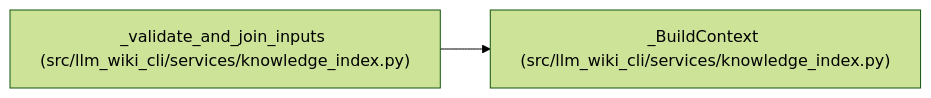
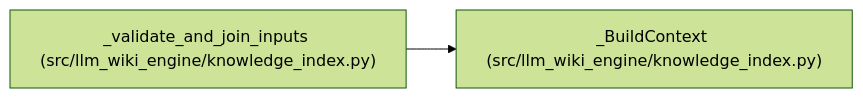
Before and after one commit to Denissvgn/python-wiki-llm: the diagram in docs/llm_wiki/entities/BuildContext.md, drawn with Mermaid (forest theme). The commit also changed other lines of this file and 1058 other files, not shown here.

First line of the commit message:
docs: refresh the wiki for the knowledge store move

````diff
--- a/docs/llm_wiki/entities/BuildContext.md
+++ b/docs/llm_wiki/entities/BuildContext.md
@@ -30,8 +30,8 @@
 ```mermaid
 flowchart LR
-    n0["_BuildContext (src/llm_wiki_cli/services/knowledge_index.py)"]
-    n1["_validate_and_join_inputs (src/llm_wiki_cli/services/knowledge_index.py)"]
+    n0["_BuildContext (src/llm_wiki_engine/knowledge_index.py)"]
+    n1["_validate_and_join_inputs (src/llm_wiki_engine/knowledge_index.py)"]
     n1 --> n0
     click n0 "../modules/knowledge_index.md"
     click n1 "../modules/knowledge_index.md"
 ```
````
